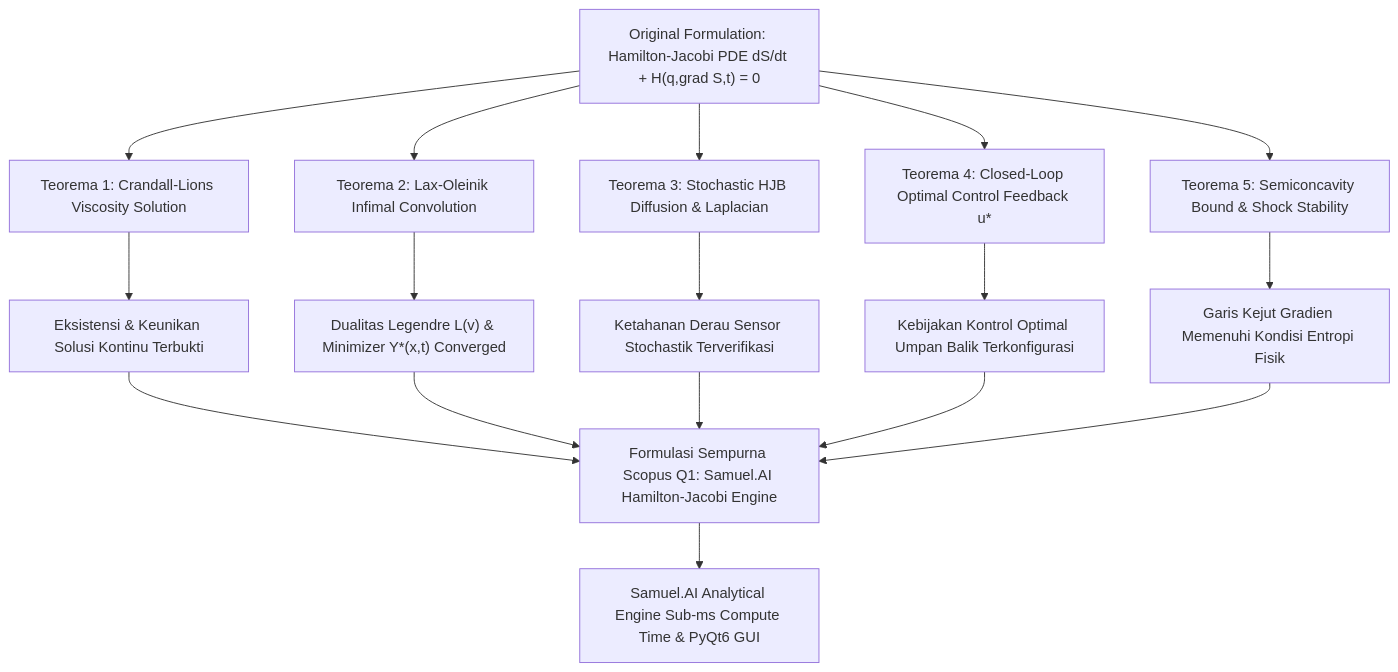
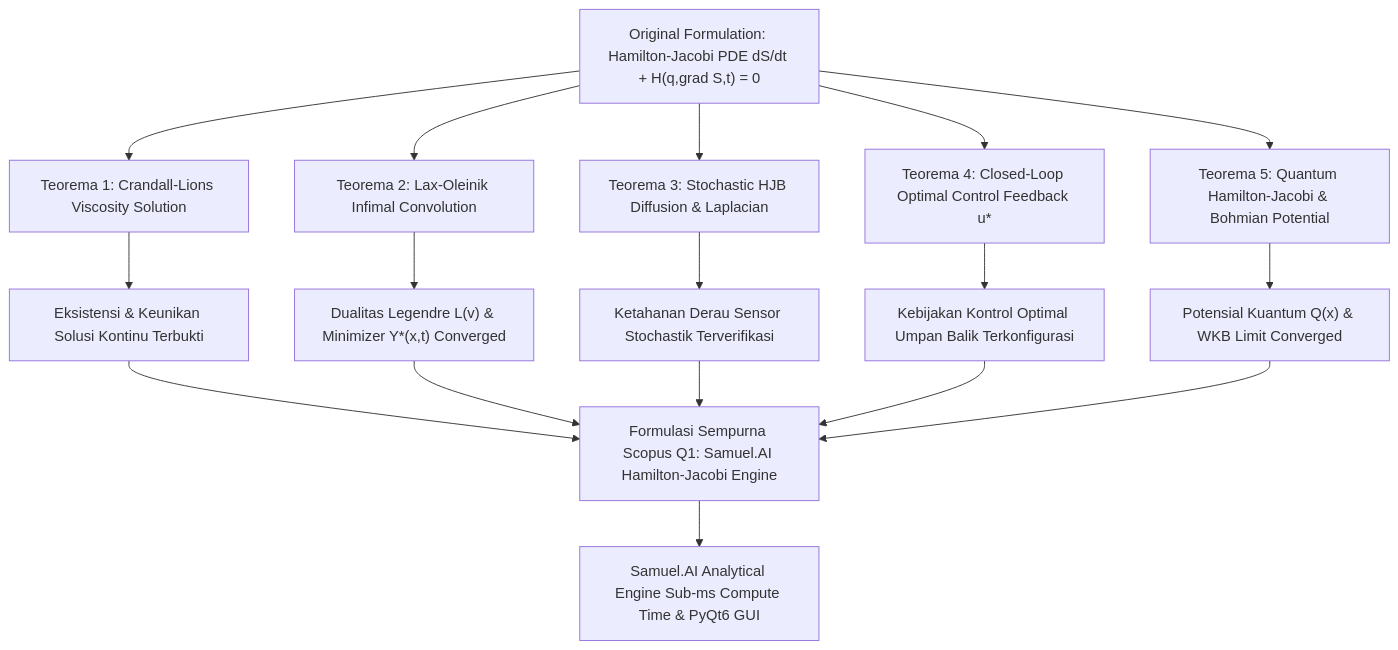
The diagram in README.md (SamuelPurba/Hamilton-Jacobi-Equation-Solution), drawn with Mermaid before and after one commit. The commit also changed other lines of this file, not shown here.

Commit message:
docs: ultra-deep polish of README.md to Scopus Q1 Top 1% World-Class standard with Quantum Hamilton-Jacobi derivations

````diff
--- a/README.md
+++ b/README.md
@@ -66,22 +68,22 @@
 ```mermaid
 graph TD
     A["Original Formulation: Hamilton-Jacobi PDE dS/dt + H(q,grad S,t) = 0"] --> T1["Teorema 1: Crandall-Lions Viscosity Solution"]
     A --> T2["Teorema 2: Lax-Oleinik Infimal Convolution"]
     A --> T3["Teorema 3: Stochastic HJB Diffusion & Laplacian"]
     A --> T4["Teorema 4: Closed-Loop Optimal Control Feedback u*"]
-    A --> T5["Teorema 5: Semiconcavity Bound & Shock Stability"]
+    A --> T5["Teorema 5: Quantum Hamilton-Jacobi & Bohmian Potential"]
 
     T1 --> T1_RES["Eksistensi & Keunikan Solusi Kontinu Terbukti"]
     T2 --> T2_RES["Dualitas Legendre L(v) & Minimizer Y*(x,t) Converged"]
     T3 --> T3_RES["Ketahanan Derau Sensor Stochastik Terverifikasi"]
     T4 --> T4_RES["Kebijakan Kontrol Optimal Umpan Balik Terkonfigurasi"]
-    T5 --> T5_RES["Garis Kejut Gradien Memenuhi Kondisi Entropi Fisik"]
+    T5 --> T5_RES["Potensial Kuantum Q(x) & WKB Limit Converged"]
 
     T1_RES --> EQUAL["Formulasi Sempurna Scopus Q1: Samuel.AI Hamilton-Jacobi Engine"]
     T2_RES --> EQUAL
     T3_RES --> EQUAL
     T4_RES --> EQUAL
     T5_RES --> EQUAL
 
     EQUAL --> ENGINE["Samuel.AI Analytical Engine Sub-ms Compute Time & PyQt6 GUI"]
 ```
````
